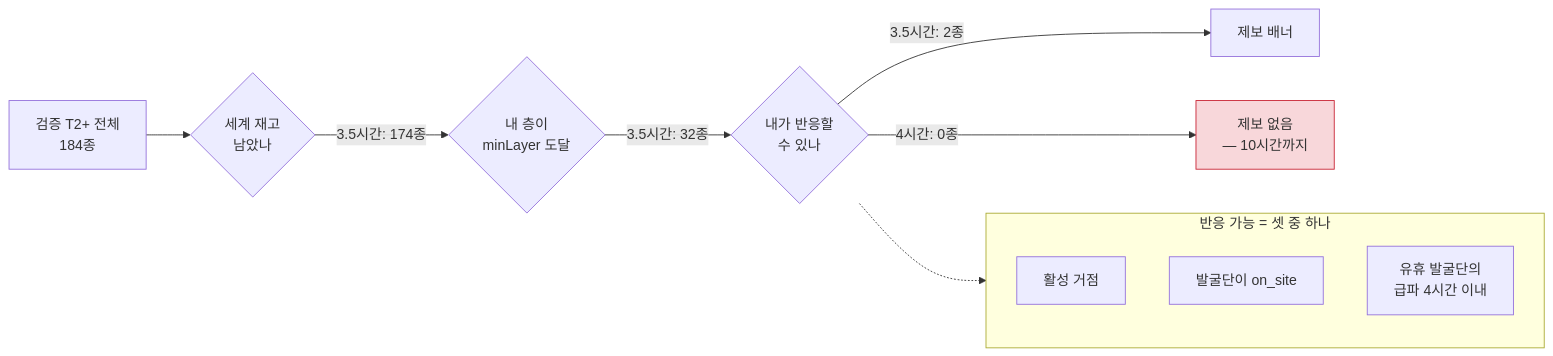
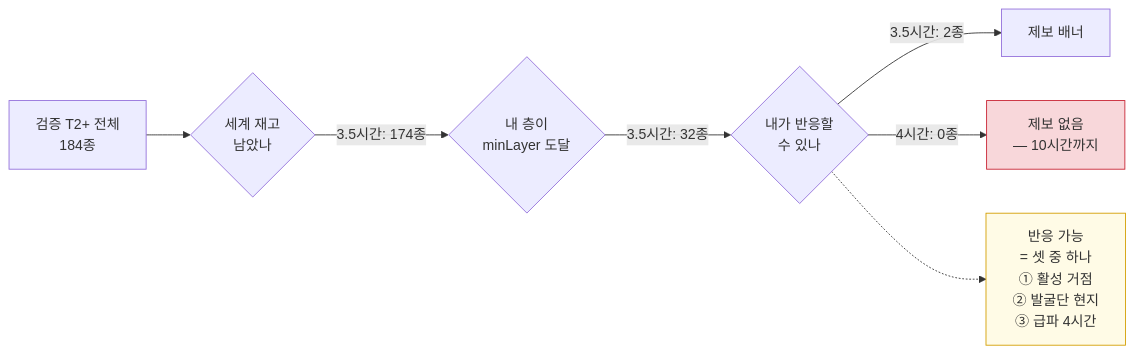
The fourth of 6 diagrams in projects/relic-king/notes/play-first-10h.md (buildon99x/proto), drawn with Mermaid before and after one commit. The commit also changed other lines of this file, not shown here.

First line of the commit message:
docs(relic-king): 첫 10시간 다이어그램 6장 렌더 검증 후 가독성 수정

````diff
--- a/projects/relic-king/notes/play-first-10h.md
+++ b/projects/relic-king/notes/play-first-10h.md
@@ -315,17 +322,12 @@
 ```mermaid
 flowchart LR
     all["검증 T2+ 전체<br/>184종"] --> stock{"세계 재고<br/>남았나"}
     stock -->|"3.5시간: 174종"| layer{"내 층이<br/>minLayer 도달"}
     layer -->|"3.5시간: 32종"| react{"내가 반응할<br/>수 있나"}
     react -->|"3.5시간: 2종"| tip["제보 배너"]
     react -->|"4시간: 0종"| dead["제보 없음<br/>— 10시간까지"]
-
-    subgraph R["반응 가능 = 셋 중 하나"]
-        r1["활성 거점"]
-        r2["발굴단이 on_site"]
-        r3["유휴 발굴단의<br/>급파 4시간 이내"]
-    end
-    react -.-> R
+    react -.-> R["반응 가능<br/>= 셋 중 하나<br/>① 활성 거점<br/>② 발굴단 현지<br/>③ 급파 4시간"]
 
     style dead fill:#f8d7da,stroke:#c82333
+    style R fill:#fffbe6,stroke:#d39e00
 ```
````
